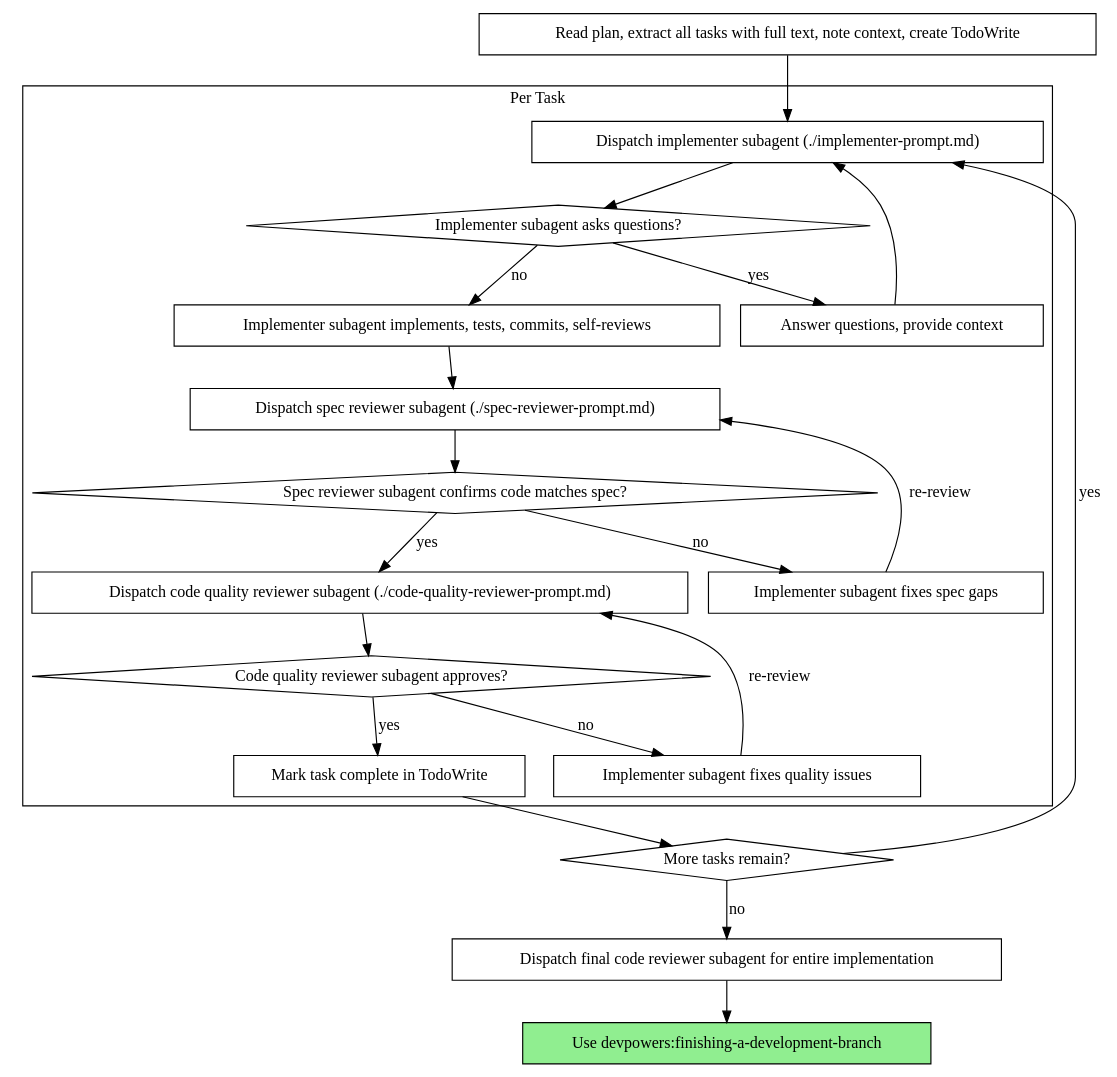
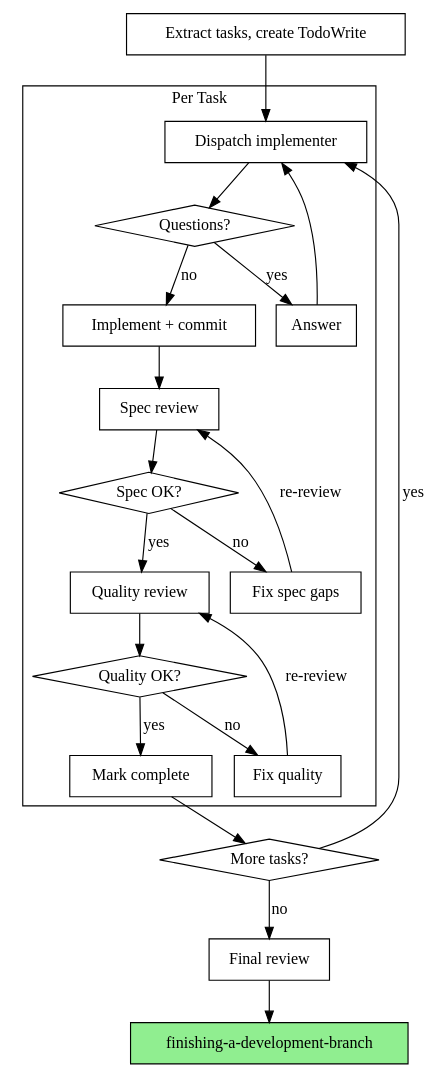
One commit to useXR/devpowers changed the second of 2 diagrams in skills/subagent-driven-development/SKILL.md. Above: the diagram before and after it, drawn with Graphviz. The commit also changed other lines of this file and 6 other files, not shown here.

First line of the commit message:
refactor: compress subagent-driven-development skill to 409 words

````diff
--- a/skills/subagent-driven-development/SKILL.md
+++ b/skills/subagent-driven-development/SKILL.md
@@ -40,44 +32,44 @@
 ```dot
 digraph process {
     rankdir=TB;
 
     subgraph cluster_per_task {
         label="Per Task";
-        "Dispatch implementer subagent (./implementer-prompt.md)" [shape=box];
-        "Implementer subagent asks questions?" [shape=diamond];
-        "Answer questions, provide context" [shape=box];
-        "Implementer subagent implements, tests, commits, self-reviews" [shape=box];
-        "Dispatch spec reviewer subagent (./spec-reviewer-prompt.md)" [shape=box];
-        "Spec reviewer subagent confirms code matches spec?" [shape=diamond];
-        "Implementer subagent fixes spec gaps" [shape=box];
-        "Dispatch code quality reviewer subagent (./code-quality-reviewer-prompt.md)" [shape=box];
-        "Code quality reviewer subagent approves?" [shape=diamond];
-        "Implementer subagent fixes quality issues" [shape=box];
-        "Mark task complete in TodoWrite" [shape=box];
+        "Dispatch implementer" [shape=box];
+        "Questions?" [shape=diamond];
+        "Answer" [shape=box];
+        "Implement + commit" [shape=box];
+        "Spec review" [shape=box];
+        "Spec OK?" [shape=diamond];
+        "Fix spec gaps" [shape=box];
+        "Quality review" [shape=box];
+        "Quality OK?" [shape=diamond];
+        "Fix quality" [shape=box];
+        "Mark complete" [shape=box];
     }
 
-    "Read plan, extract all tasks with full text, note context, create TodoWrite" [shape=box];
-    "More tasks remain?" [shape=diamond];
-    "Dispatch final code reviewer subagent for entire implementation" [shape=box];
-    "Use devpowers:finishing-a-development-branch" [shape=box style=filled fillcolor=lightgreen];
+    "Extract tasks, create TodoWrite" [shape=box];
+    "More tasks?" [shape=diamond];
+    "Final review" [shape=box];
+    "finishing-a-development-branch" [shape=box style=filled fillcolor=lightgreen];
 
-    "Read plan, extract all tasks with full text, note context, create TodoWrite" -> "Dispatch implementer subagent (./implementer-prompt.md)";
-    "Dispatch implementer subagent (./implementer-prompt.md)" -> "Implementer subagent asks questions?";
-    "Implementer subagent asks questions?" -> "Answer questions, provide context" [label="yes"];
-    "Answer questions, provide context" -> "Dispatch implementer subagent (./implementer-prompt.md)";
-    "Implementer subagent asks questions?" -> "Implementer subagent implements, tests, commits, self-reviews" [label="no"];
-    "Implementer subagent implements, tests, commits, self-reviews" -> "Dispatch spec reviewer subagent (./spec-reviewer-prompt.md)";
-    "Dispatch spec reviewer subagent (./spec-reviewer-prompt.md)" -> "Spec reviewer subagent confirms code matches spec?";
-    "Spec reviewer subagent confirms code matches spec?" -> "Implementer subagent fixes spec gaps" [label="no"];
-    "Implementer subagent fixes spec gaps" -> "Dispatch spec reviewer subagent (./spec-reviewer-prompt.md)" [label="re-review"];
-    "Spec reviewer subagent confirms code matches spec?" -> "Dispatch code quality reviewer subagent (./code-quality-reviewer-prompt.md)" [label="yes"];
-    "Dispatch code quality reviewer subagent (./code-quality-reviewer-prompt.md)" -> "Code quality reviewer subagent approves?";
-    "Code quality reviewer subagent approves?" -> "Implementer subagent fixes quality issues" [label="no"];
-    "Implementer subagent fixes quality issues" -> "Dispatch code quality reviewer subagent (./code-quality-reviewer-prompt.md)" [label="re-review"];
-    "Code quality reviewer subagent approves?" -> "Mark task complete in TodoWrite" [label="yes"];
-    "Mark task complete in TodoWrite" -> "More tasks remain?";
-    "More tasks remain?" -> "Dispatch implementer subagent (./implementer-prompt.md)" [label="yes"];
-    "More tasks remain?" -> "Dispatch final code reviewer subagent for entire implementation" [label="no"];
-    "Dispatch final code reviewer subagent for entire implementation" -> "Use devpowers:finishing-a-development-branch";
+    "Extract tasks, create TodoWrite" -> "Dispatch implementer";
+    "Dispatch implementer" -> "Questions?";
+    "Questions?" -> "Answer" [label="yes"];
+    "Answer" -> "Dispatch implementer";
+    "Questions?" -> "Implement + commit" [label="no"];
+    "Implement + commit" -> "Spec review";
+    "Spec review" -> "Spec OK?";
+    "Spec OK?" -> "Fix spec gaps" [label="no"];
+    "Fix spec gaps" -> "Spec review" [label="re-review"];
+    "Spec OK?" -> "Quality review" [label="yes"];
+    "Quality review" -> "Quality OK?";
+    "Quality OK?" -> "Fix quality" [label="no"];
+    "Fix quality" -> "Quality review" [label="re-review"];
+    "Quality OK?" -> "Mark complete" [label="yes"];
+    "Mark complete" -> "More tasks?";
+    "More tasks?" -> "Dispatch implementer" [label="yes"];
+    "More tasks?" -> "Final review" [label="no"];
+    "Final review" -> "finishing-a-development-branch";
 }
 ```
````
